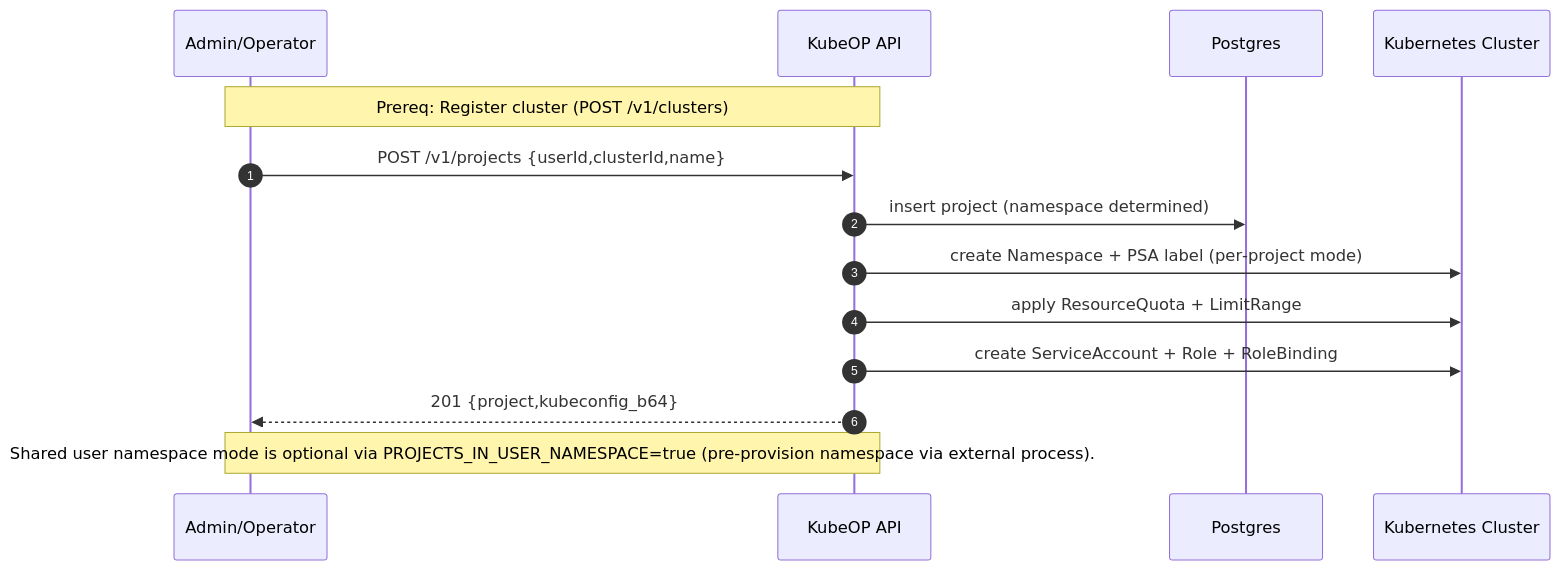
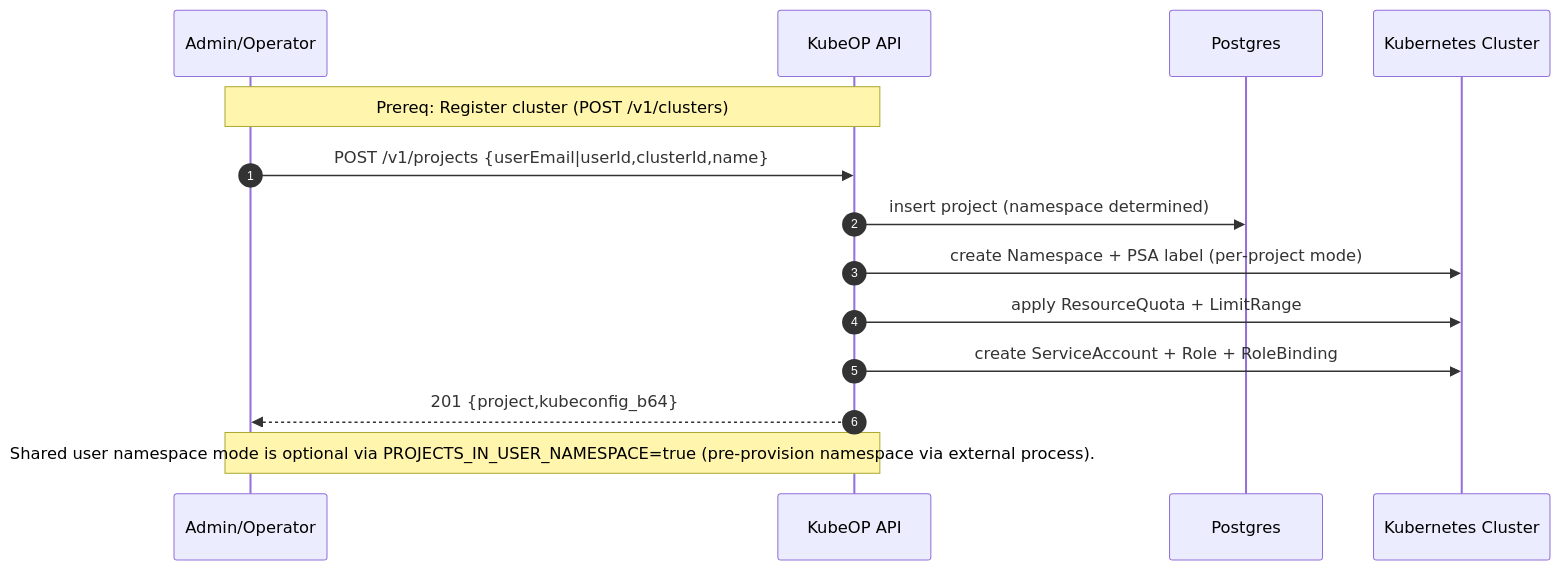
One commit to vaheed/kubeOP changed the second of 2 diagrams in documents/ARCHITECTURE.md. Above: the diagram before and after it, drawn with Mermaid. The commit also changed other lines of this file and 6 other files, not shown here.

````diff
--- a/documents/ARCHITECTURE.md
+++ b/documents/ARCHITECTURE.md
@@ -76,19 +76,19 @@
 ```mermaid
 sequenceDiagram
   autonumber
   participant Admin as Admin/Operator
   participant API as KubeOP API
   participant DB as Postgres
   participant K8s as Kubernetes Cluster
 
   Note over Admin,API: Prereq: Register cluster (POST /v1/clusters)
 
-  Admin->>API: POST /v1/projects {userId,clusterId,name}
+  Admin->>API: POST /v1/projects {userEmail|userId,clusterId,name}
   API->>DB: insert project (namespace determined)
   API->>K8s: create Namespace + PSA label (per‑project mode)
   API->>K8s: apply ResourceQuota + LimitRange
   API->>K8s: create ServiceAccount + Role + RoleBinding
   API-->>Admin: 201 {project,kubeconfig_b64}
 
   Note over Admin,API: Shared user namespace mode is optional via PROJECTS_IN_USER_NAMESPACE=true (pre‑provision namespace via external process).
 ```
````
